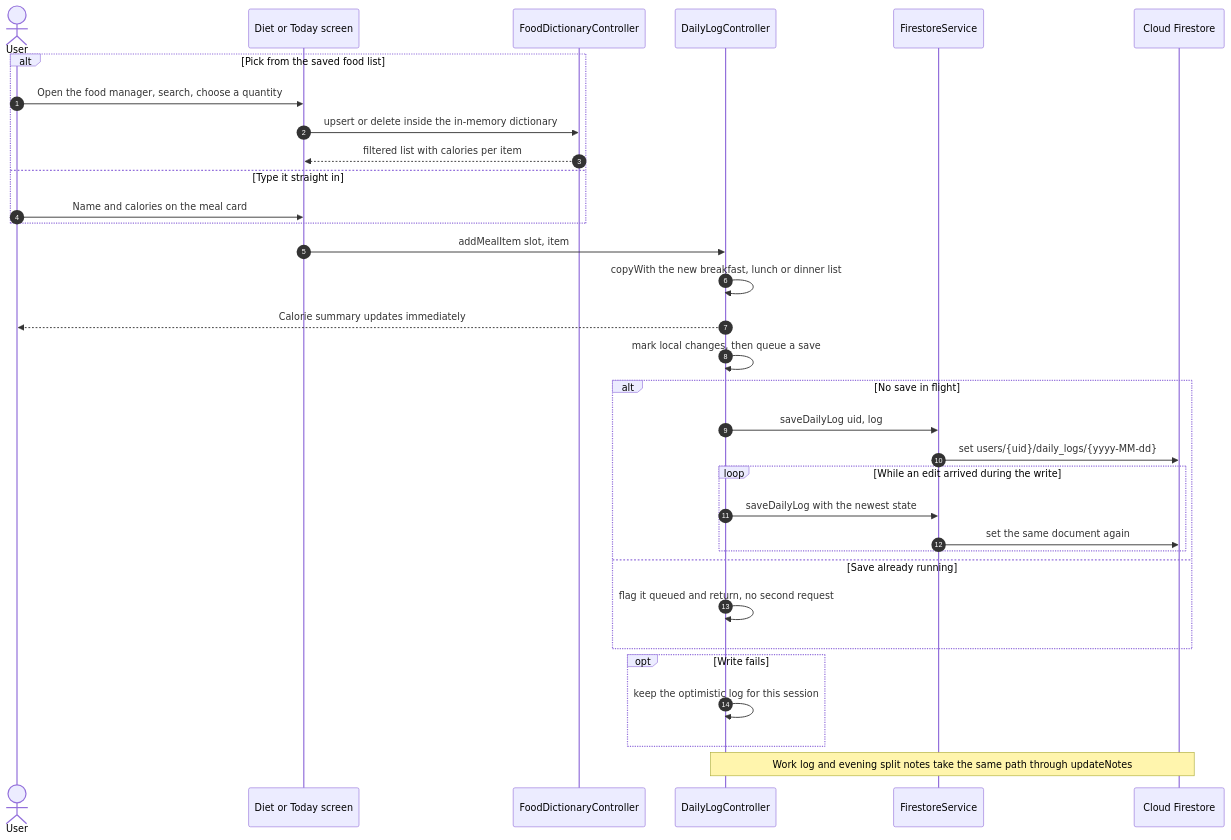
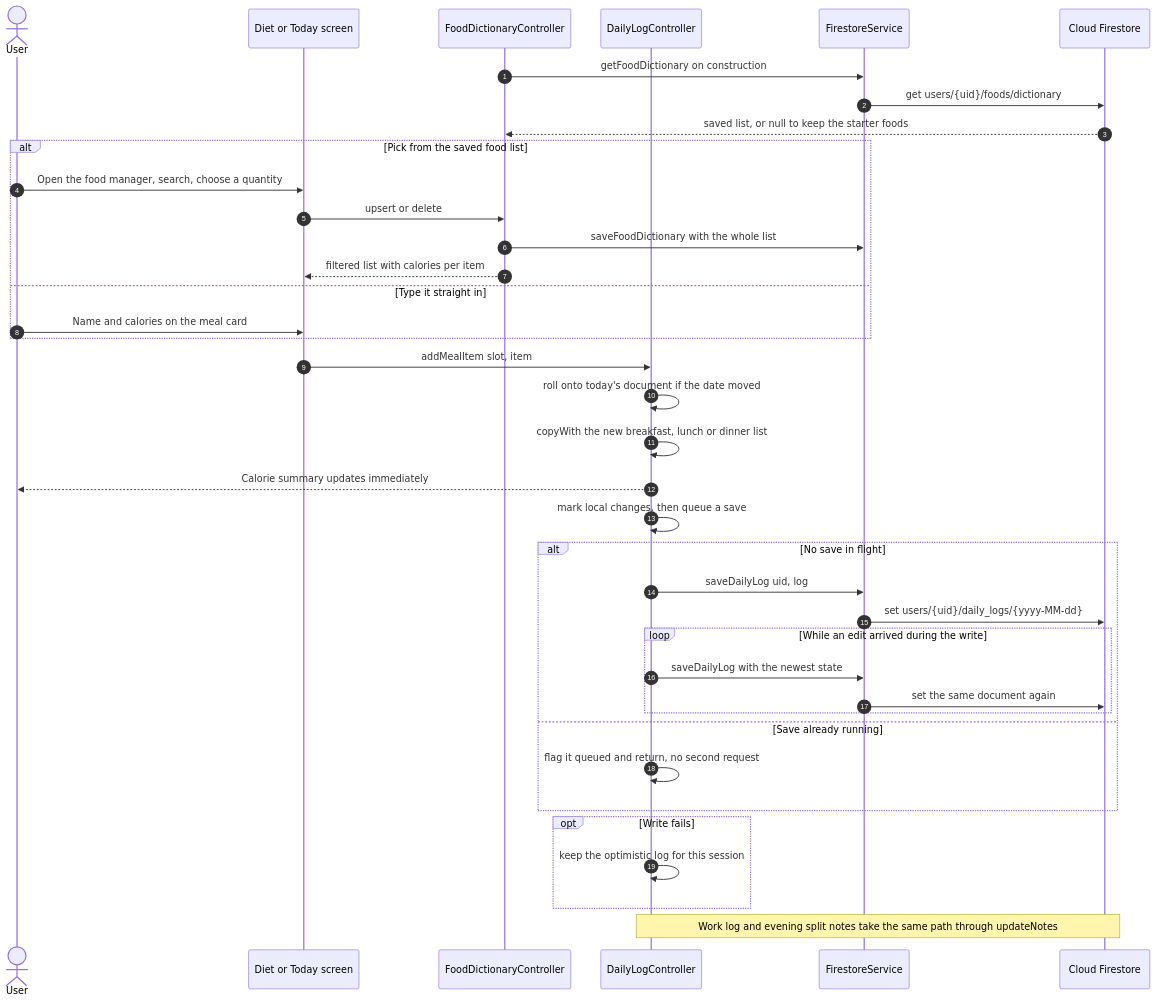
Before and after one commit to naingkhantdev/mydailylife: the sixth of 9 diagrams in docs/sequence-diagrams.md, drawn with Mermaid. The commit also changed other lines of this file and 38 other files, not shown here.

````diff
--- a/docs/sequence-diagrams.md
+++ b/docs/sequence-diagrams.md
@@ -289,36 +289,41 @@
 ```mermaid
 sequenceDiagram
   autonumber
   actor U as User
   participant D as Diet or Today screen
   participant FD as FoodDictionaryController
   participant DL as DailyLogController
   participant F as FirestoreService
   participant DB as Cloud Firestore
 
+  FD->>F: getFoodDictionary on construction
+  F->>DB: get users/{uid}/foods/dictionary
+  DB-->>FD: saved list, or null to keep the starter foods
   alt Pick from the saved food list
     U->>D: Open the food manager, search, choose a quantity
-    D->>FD: upsert or delete inside the in-memory dictionary
+    D->>FD: upsert or delete
+    FD->>F: saveFoodDictionary with the whole list
     FD-->>D: filtered list with calories per item
   else Type it straight in
     U->>D: Name and calories on the meal card
   end
   D->>DL: addMealItem slot, item
+  DL->>DL: roll onto today's document if the date moved
   DL->>DL: copyWith the new breakfast, lunch or dinner list
   DL-->>U: Calorie summary updates immediately
   DL->>DL: mark local changes, then queue a save
   alt No save in flight
     DL->>F: saveDailyLog uid, log
     F->>DB: set users/{uid}/daily_logs/{yyyy-MM-dd}
     loop While an edit arrived during the write
       DL->>F: saveDailyLog with the newest state
       F->>DB: set the same document again
     end
   else Save already running
     DL->>DL: flag it queued and return, no second request
   end
   opt Write fails
     DL->>DL: keep the optimistic log for this session
   end
   Note over DL,DB: Work log and evening split notes take the same path through updateNotes
 ```
````
